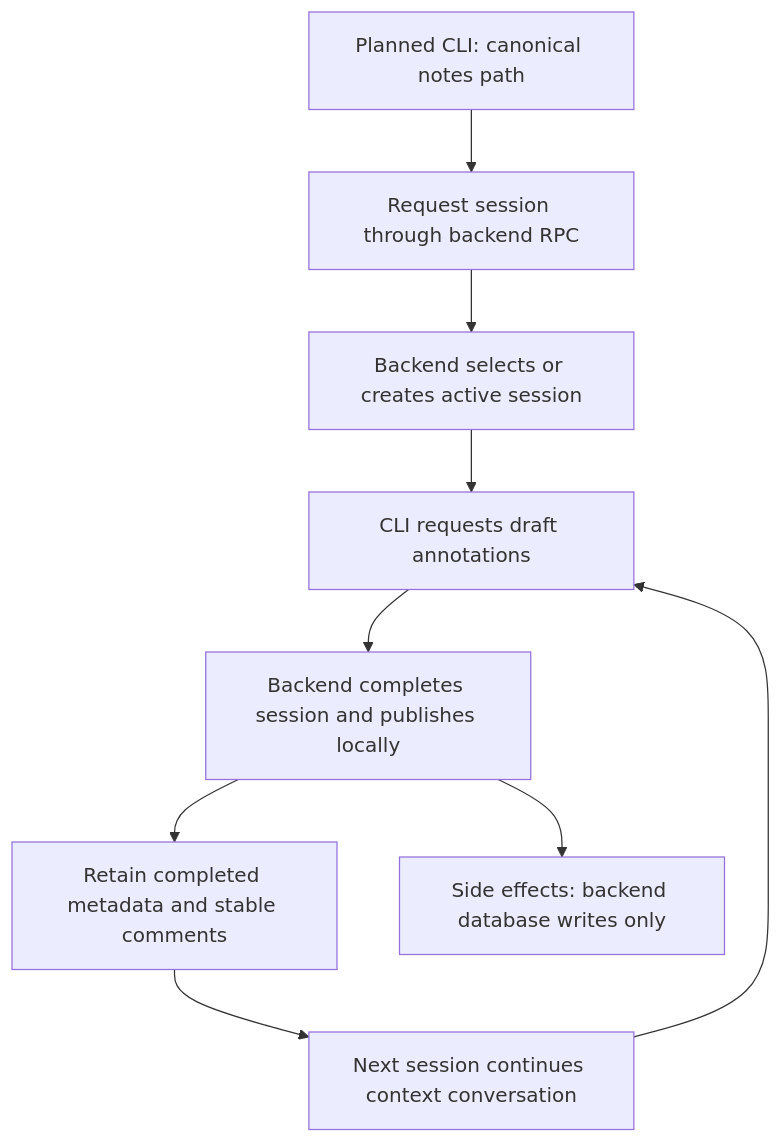
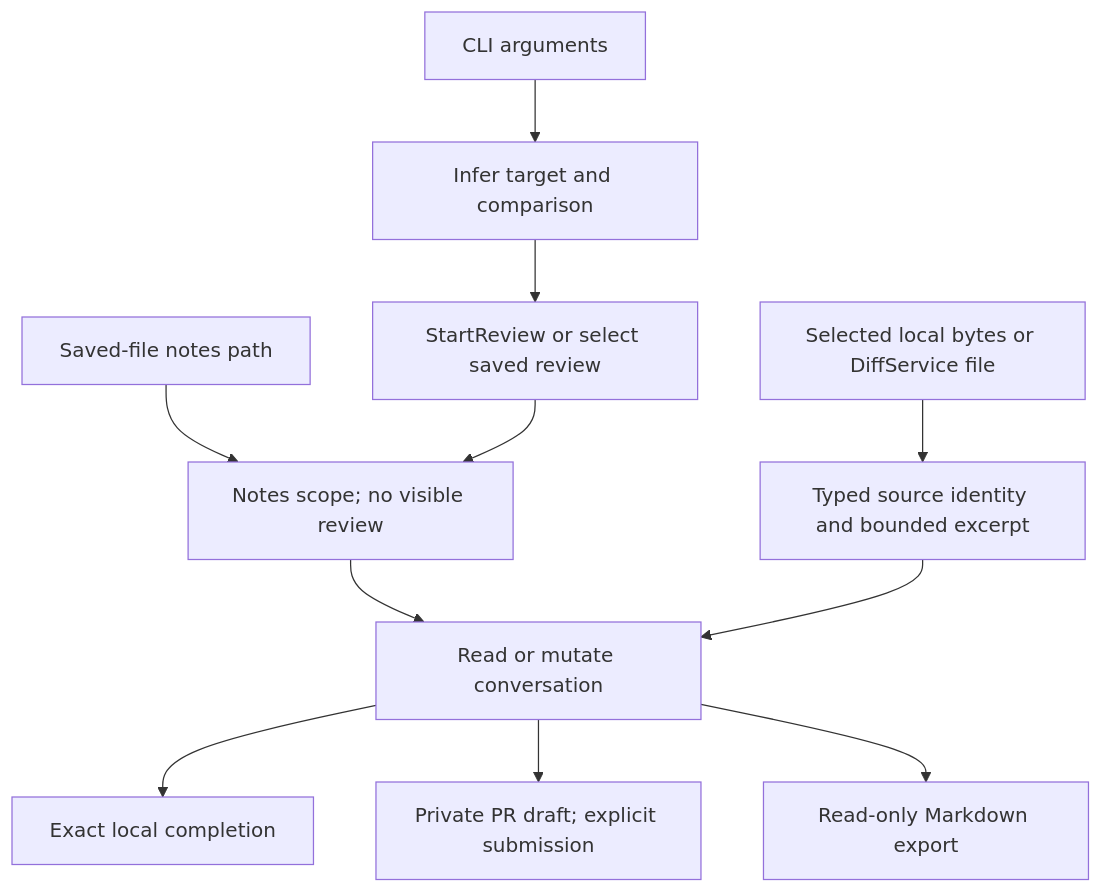
The second of 3 diagrams in docs/architecture/cli/index.md (difflab-io/lgtm), drawn with Mermaid before and after one commit. The commit also changed other lines of this file and 207 other files, not shown here.

First line of the commit message:
feat(review): add local and GitHub reviews with Neovim

````diff
--- a/docs/architecture/cli/index.md
+++ b/docs/architecture/cli/index.md
@@ -75,11 +82,13 @@
 ```mermaid
 flowchart TD
-    P["Planned CLI: canonical notes path"] --> RPC["Request session through backend RPC"]
-    RPC --> S["Backend selects or creates active session"]
-    S --> D["CLI requests draft annotations"]
-    D --> C["Backend completes session and publishes locally"]
-    C --> H["Retain completed metadata and stable comments"]
-    H --> N["Next session continues context conversation"]
-    N --> D
-    C --> E["Side effects: backend database writes only"]
+    Args["CLI arguments"] --> Target["Infer target and comparison"]
+    Target --> Start["StartReview or select saved review"]
+    File["Saved-file notes path"] --> Scope["Notes scope; no visible review"]
+    Start --> Scope
+    Scope --> Action["Read or mutate conversation"]
+    Content["Selected local bytes or DiffService file"] --> Evidence["Typed source identity and bounded excerpt"]
+    Evidence --> Action
+    Action --> Local["Exact local completion"]
+    Action --> PR["Private PR draft; explicit submission"]
+    Action --> Export["Read-only Markdown export"]
 ```
````
